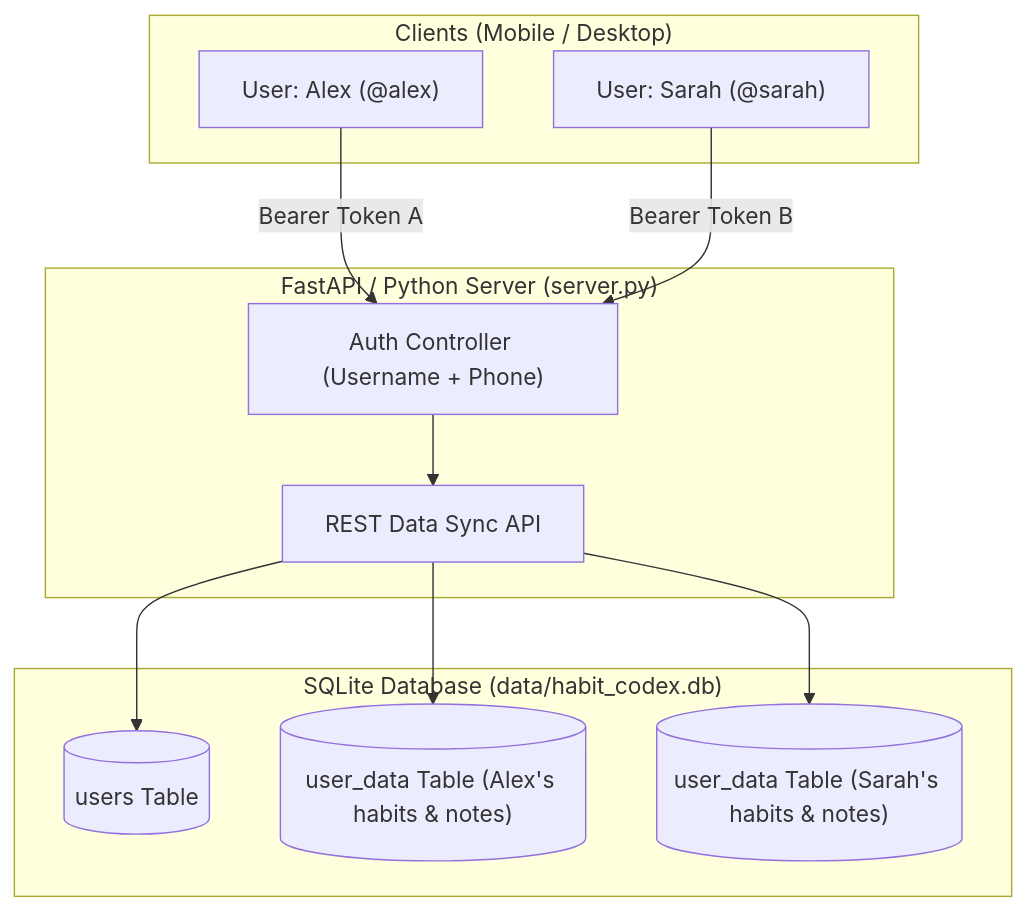
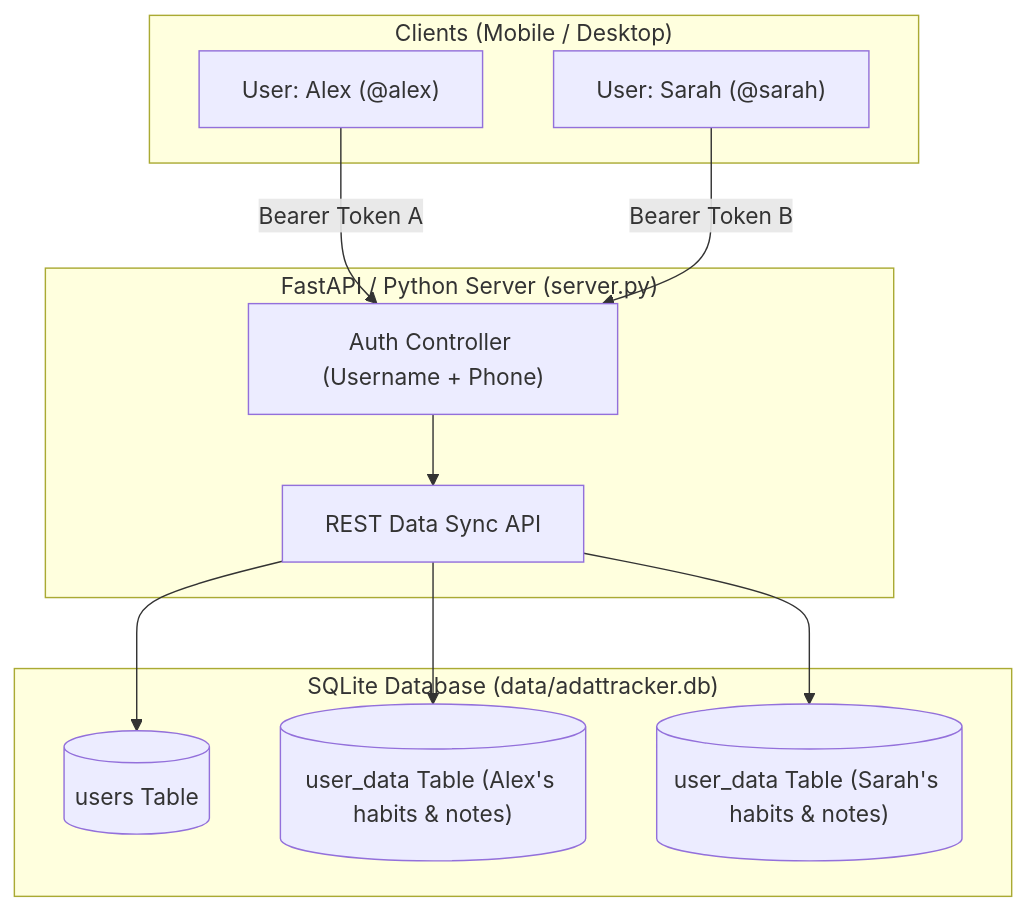
Before and after one commit to 12thpassengineer/HabitTracker: the diagram in README.md, drawn with Mermaid. The commit also changed other lines of this file and 4 other files, not shown here.

````diff
--- a/README.md
+++ b/README.md
@@ -99,25 +99,25 @@
 ```mermaid
 flowchart TD
     subgraph Clients["Clients (Mobile / Desktop)"]
         U1["User: Alex (@alex)"]
         U2["User: Sarah (@sarah)"]
     end
 
     subgraph Server["FastAPI / Python Server (server.py)"]
         Auth["Auth Controller (Username + Phone)"]
         Sync["REST Data Sync API"]
     end
 
-    subgraph Database["SQLite Database (data/habit_codex.db)"]
+    subgraph Database["SQLite Database (data/adattracker.db)"]
         T1[("users Table")]
         T2[("user_data Table (Alex's habits & notes)")]
         T3[("user_data Table (Sarah's habits & notes)")]
     end
 
     U1 -->|Bearer Token A| Auth
     U2 -->|Bearer Token B| Auth
     Auth --> Sync
     Sync --> T1
     Sync --> T2
     Sync --> T3
 ```
````
